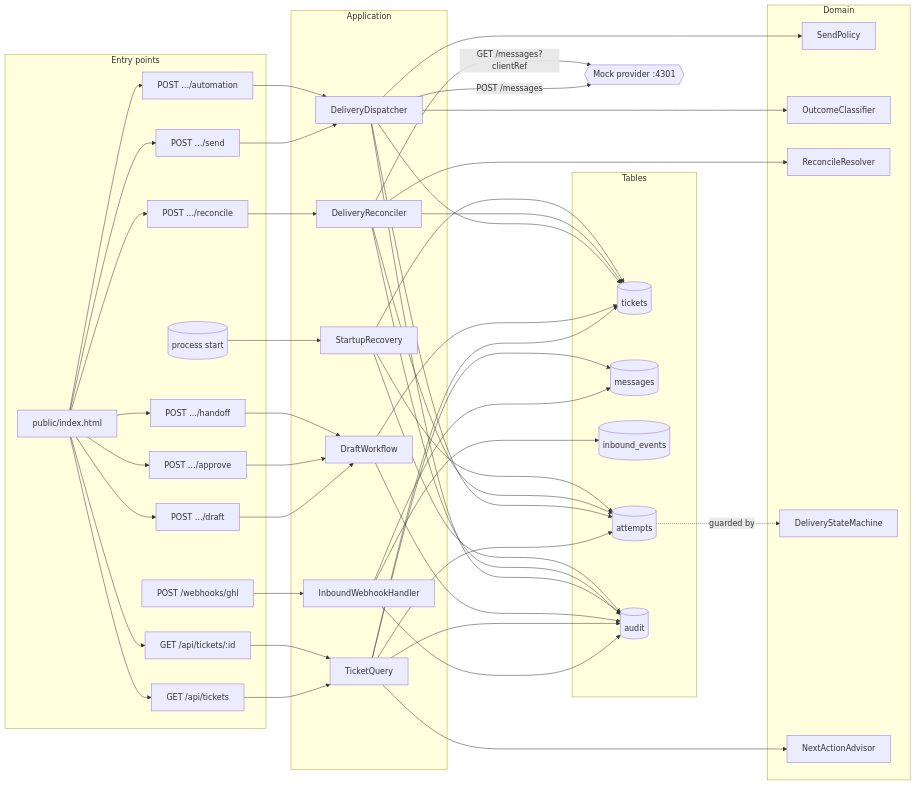
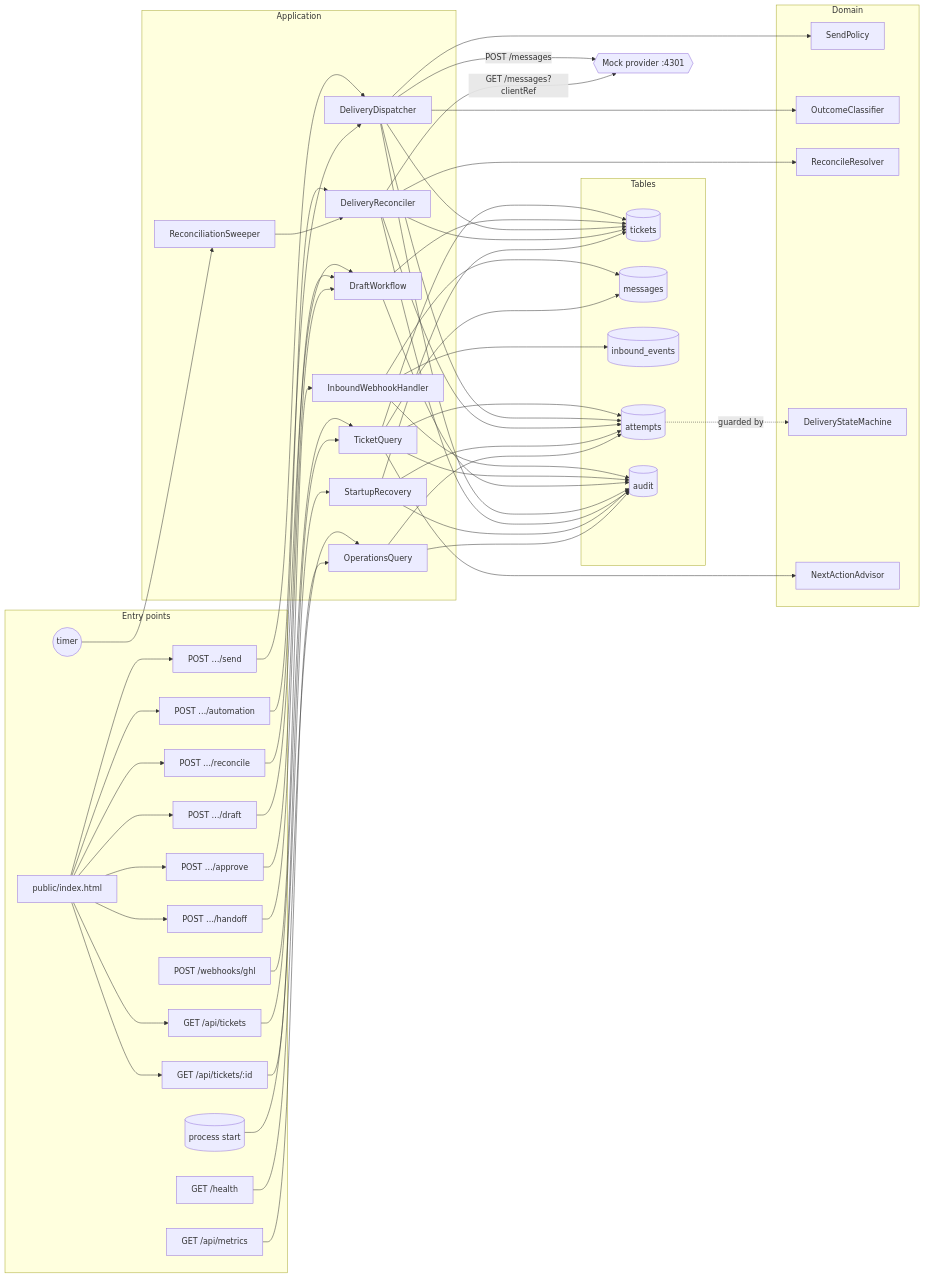
Before and after one commit to 3xor18/JustInsurance: the diagram in docs/graphs/blast-radius.md, drawn with Mermaid. The commit also changed other lines of this file and 27 other files, not shown here.

First line of the commit message:
feat: background reconciler, health and metrics, graceful shutdown, cached inbox page, CI

````diff
--- a/docs/graphs/blast-radius.md
+++ b/docs/graphs/blast-radius.md
@@ -7,53 +7,60 @@
 ```mermaid
 flowchart LR
   subgraph Entry points
     W[POST /webhooks/ghl]
     L[GET /api/tickets]
     G[GET /api/tickets/:id]
     D[POST …/draft]
     A[POST …/approve]
     H[POST …/handoff]
     S[POST …/send]
     AU[POST …/automation]
     R[POST …/reconcile]
     B[(process start)]
+    HL[GET /health]
+    MT[GET /api/metrics]
+    TM((timer))
     UI[public/index.html]
   end
   subgraph Application
     IWH[InboundWebhookHandler]
     TQ[TicketQuery]
     DW[DraftWorkflow]
     DD[DeliveryDispatcher]
     DR[DeliveryReconciler]
     SR[StartupRecovery]
+    RS[ReconciliationSweeper]
+    OQ[OperationsQuery]
   end
   subgraph Domain
     SP[SendPolicy]
     OC[OutcomeClassifier]
     RR[ReconcileResolver]
     SM[DeliveryStateMachine]
     NA[NextActionAdvisor]
   end
   subgraph Tables
     T[(tickets)]
     M[(messages)]
     IE[(inbound_events)]
     AT[(attempts)]
     AD[(audit)]
   end
   P{{Mock provider :4301}}
   W --> IWH --> IE & M & AD
   L & G --> TQ --> T & M & AT & AD
   TQ --> NA
   D & A & H --> DW --> T & AD
   S & AU --> DD --> SP
   DD --> OC
   DD --> AT & T & AD
   DD -- POST /messages --> P
   R --> DR --> RR
   DR -- GET /messages?clientRef --> P
   DR --> AT & T & AD
   B --> SR --> AT & T & AD
+  TM --> RS --> DR
+  HL & MT --> OQ --> AT & AD
   AT -.guarded by.-> SM
   UI --> L & G & D & A & H & S & AU & R
 ```
````
